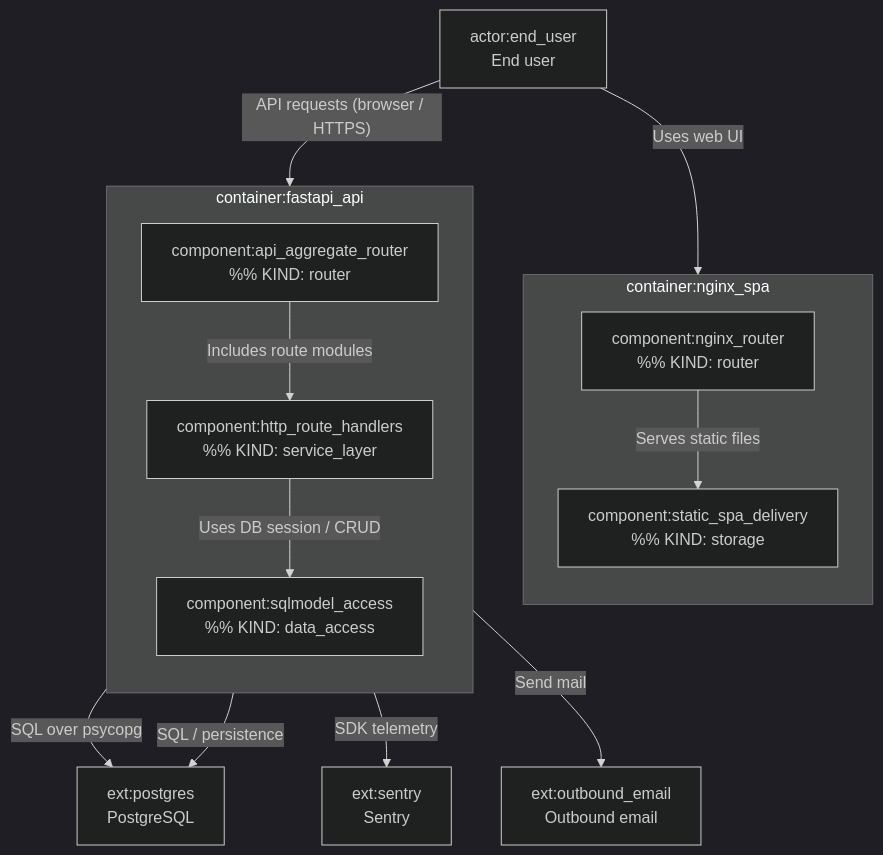
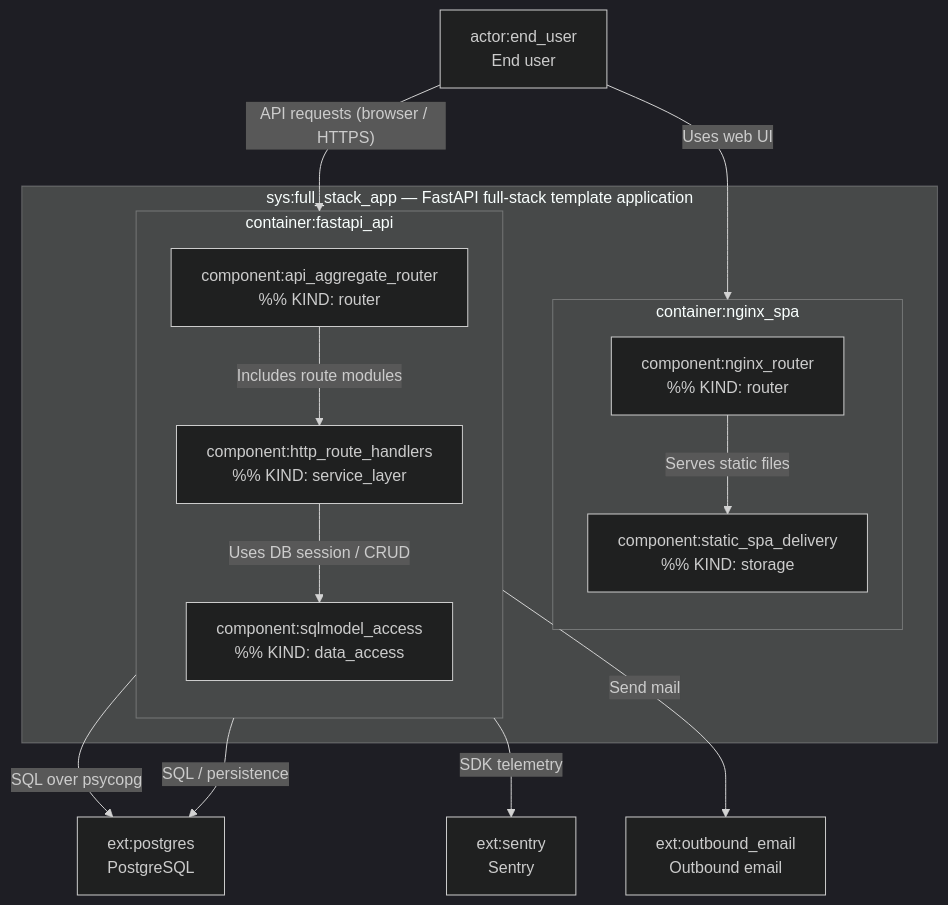
The diagram in docs/c4-live.mermaid.md (Decreen/decreen-arch-diff-demo), drawn with Mermaid (dark theme) before and after one commit. The commit also changed 3 other files, not shown here.

Commit message:
feat(c4): Pass 4 final projection — architecture diagram and containment map

````diff
--- a/docs/c4-live.mermaid.md
+++ b/docs/c4-live.mermaid.md
@@ -3,30 +3,35 @@
 ```mermaid
 flowchart TB
   subgraph c_nginx["container:nginx_spa"]
     direction TB
     comp_nginx_router["component:nginx_router<br/>%% KIND: router"]
     comp_static["component:static_spa_delivery<br/>%% KIND: storage"]
     comp_nginx_router -->|"Serves static files"| comp_static
   end
 
   subgraph c_api["container:fastapi_api"]
     direction TB
     comp_agg["component:api_aggregate_router<br/>%% KIND: router"]
     comp_handlers["component:http_route_handlers<br/>%% KIND: service_layer"]
     comp_sql["component:sqlmodel_access<br/>%% KIND: data_access"]
     comp_agg -->|"Includes route modules"| comp_handlers
     comp_handlers -->|"Uses DB session / CRUD"| comp_sql
   end
 
+  subgraph sys_wrap["sys:full_stack_app — FastAPI full-stack template application"]
+    c_nginx
+    c_api
+  end
+
   actor_end_user["actor:end_user<br/>End user"]
   ext_postgres["ext:postgres<br/>PostgreSQL"]
   ext_sentry["ext:sentry<br/>Sentry"]
   ext_email["ext:outbound_email<br/>Outbound email"]
 
   actor_end_user -->|"Uses web UI"| c_nginx
   actor_end_user -->|"API requests (browser / HTTPS)"| c_api
   c_api -->|"SQL / persistence"| ext_postgres
   c_api -->|"SDK telemetry"| ext_sentry
   c_api -->|"Send mail"| ext_email
   comp_sql -->|"SQL over psycopg"| ext_postgres
 ```
````
